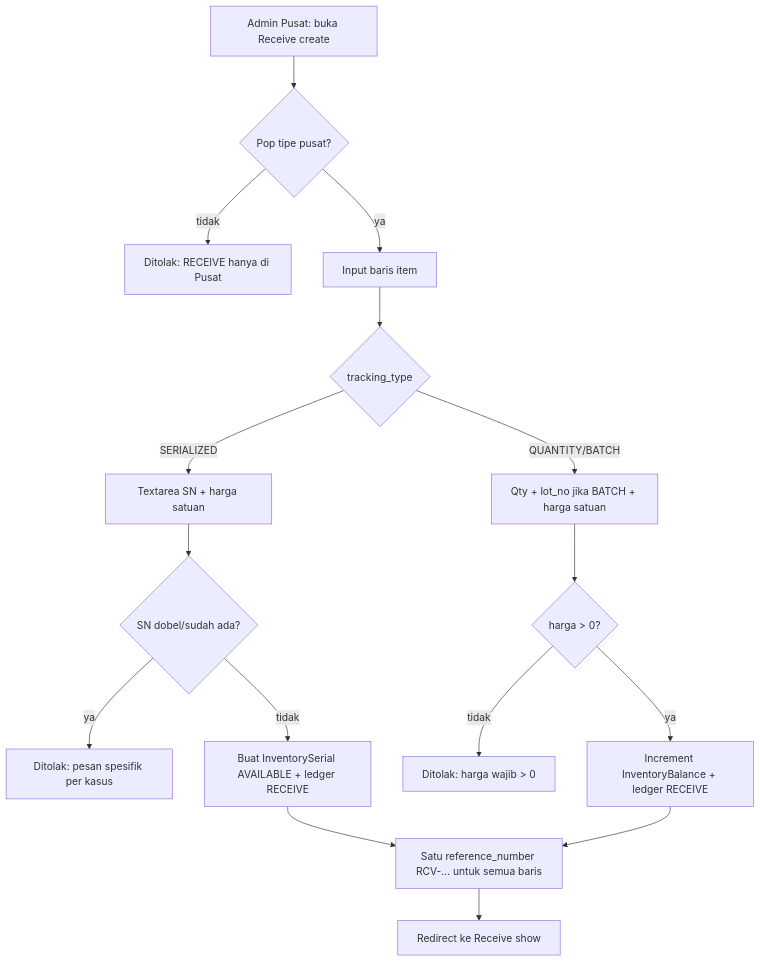
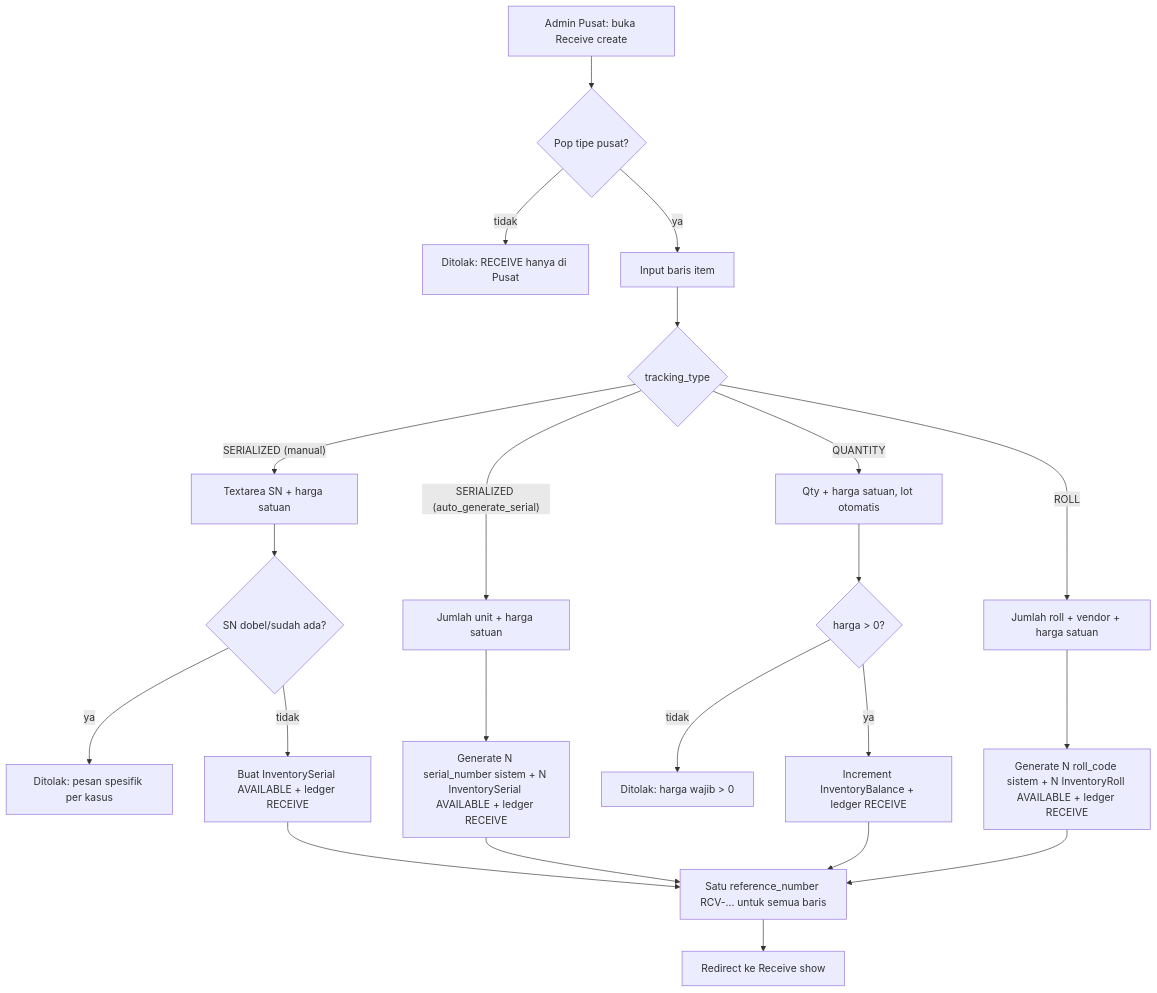
One commit to YofhiFauda/whusnet-operasional changed the first of 7 diagrams in docs/warehouse/flowchart.md. Above: the diagram before and after it, drawn with Mermaid. The commit also changed other lines of this file and 253 other files, not shown here.

````diff
--- a/docs/warehouse/flowchart.md
+++ b/docs/warehouse/flowchart.md
@@ -5,18 +5,24 @@
 ```mermaid
 flowchart TD
     A[Admin Pusat: buka Receive create] --> B{Pop tipe pusat?}
     B -- tidak --> X1[Ditolak: RECEIVE hanya di Pusat]
     B -- ya --> C[Input baris item]
     C --> D{tracking_type}
-    D -- SERIALIZED --> E[Textarea SN + harga satuan]
-    D -- QUANTITY/BATCH --> F[Qty + lot_no jika BATCH + harga satuan]
+    D -- "SERIALIZED (manual)" --> E[Textarea SN + harga satuan]
+    D -- "SERIALIZED (auto_generate_serial)" --> E2[Jumlah unit + harga satuan]
+    D -- QUANTITY --> F[Qty + harga satuan, lot otomatis]
+    D -- ROLL --> F2[Jumlah roll + vendor + harga satuan]
     E --> G{SN dobel/sudah ada?}
     G -- ya --> X2[Ditolak: pesan spesifik per kasus]
     G -- tidak --> H[Buat InventorySerial AVAILABLE + ledger RECEIVE]
+    E2 --> H2[Generate N serial_number sistem + N InventorySerial AVAILABLE + ledger RECEIVE]
     F --> I{harga > 0?}
     I -- tidak --> X3[Ditolak: harga wajib > 0]
     I -- ya --> J[Increment InventoryBalance + ledger RECEIVE]
+    F2 --> J2[Generate N roll_code sistem + N InventoryRoll AVAILABLE + ledger RECEIVE]
     H --> K[Satu reference_number RCV-... untuk semua baris]
+    H2 --> K
     J --> K
+    J2 --> K
     K --> L[Redirect ke Receive show]
 ```
````
